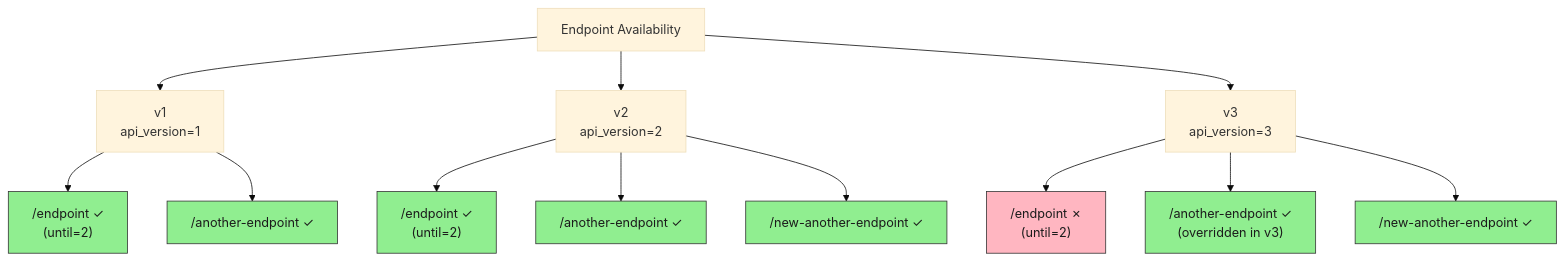
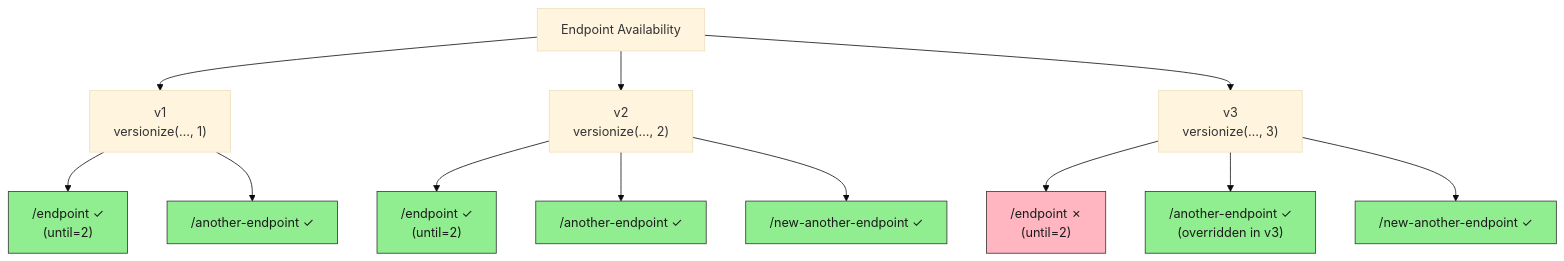
One commit to feodor-ra/fastapi-easy-versioning changed the diagram in docs/en/examples/simple.md. Above: the diagram before and after it, drawn with Mermaid (base theme). The commit also changed other lines of this file and 21 other files, not shown here.

````diff
--- a/docs/en/examples/simple.md
+++ b/docs/en/examples/simple.md
@@ -81,20 +82,20 @@
 ```mermaid
 graph TD
-    A[Endpoint Availability] --> B[v1<br/>api_version=1]
-    A --> C[v2<br/>api_version=2]
-    A --> D[v3<br/>api_version=3]
+    A[Endpoint Availability] --> B["v1<br/>versionize(…, 1)"]
+    A --> C["v2<br/>versionize(…, 2)"]
+    A --> D["v3<br/>versionize(…, 3)"]
 
     B --> B1["/endpoint ✓<br/>(until=2)"]:::available
     B --> B2["/another-endpoint ✓"]:::available
 
     C --> C1["/endpoint ✓<br/>(until=2)"]:::available
     C --> C2["/another-endpoint ✓"]:::available
     C --> C3["/new-another-endpoint ✓"]:::available
 
     D --> D1["/endpoint ✗<br/>(until=2)"]:::missing
     D --> D2["/another-endpoint ✓<br/>(overridden in v3)"]:::available
     D --> D3["/new-another-endpoint ✓"]:::available
 
     classDef available fill:#90EE90,stroke:#333,color:#1b1b1b
     classDef missing fill:#FFB6C1,stroke:#333,color:#1b1b1b
 ```
````
